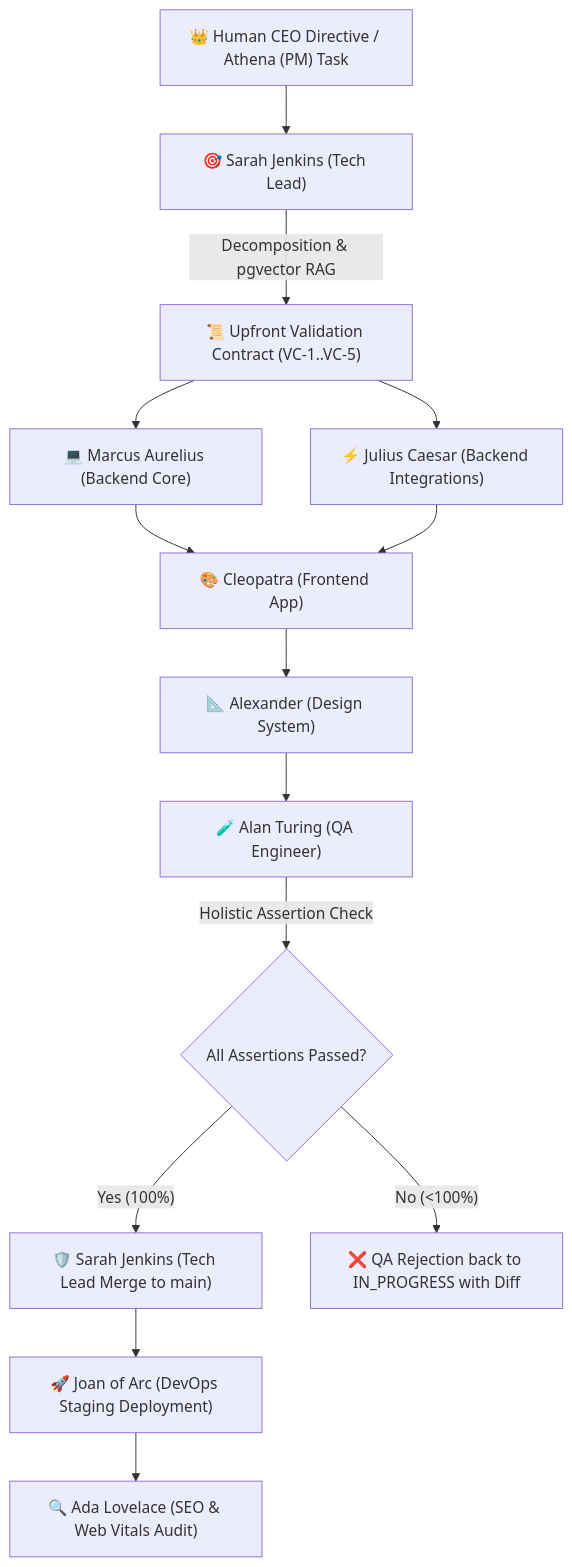
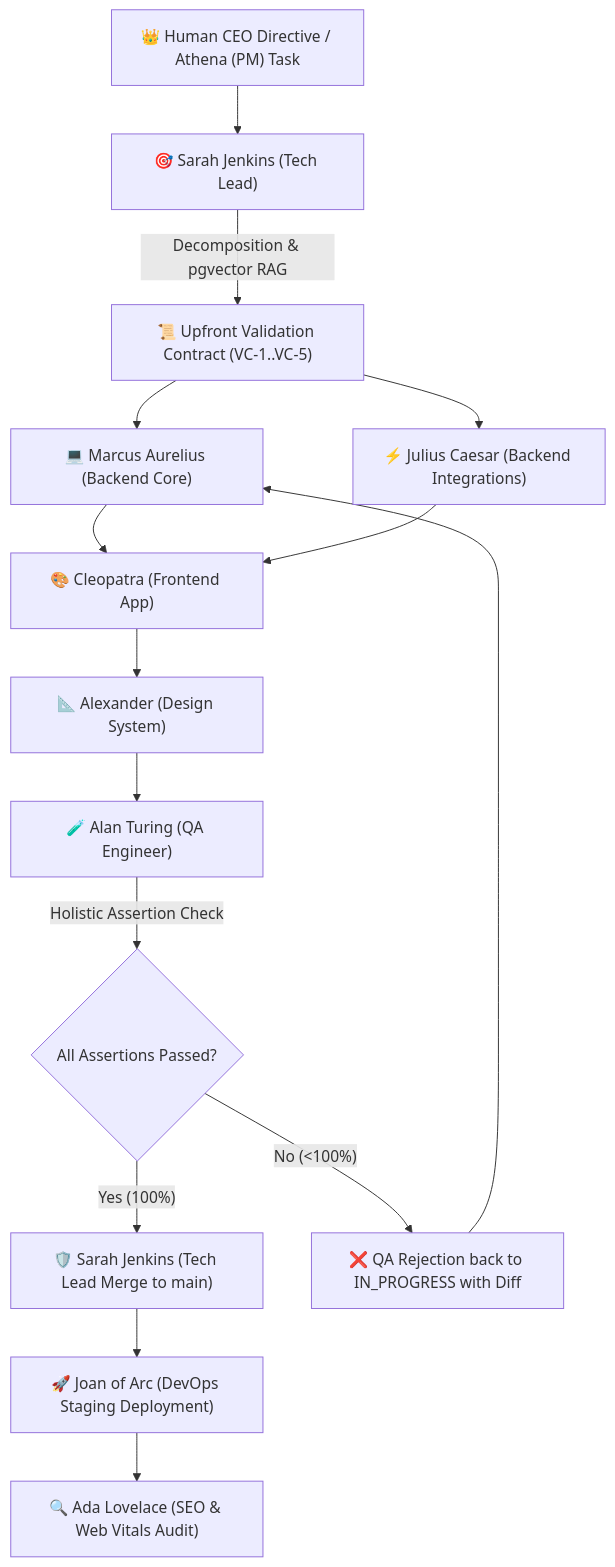
Before and after one commit to Asta-Builds/TeamFlow: the second of 6 diagrams in docs/ARCHITECTURE.md, drawn with Mermaid. The commit also changed other lines of this file and 41 other files, not shown here.

````diff
--- a/docs/ARCHITECTURE.md
+++ b/docs/ARCHITECTURE.md
@@ -55,16 +78,17 @@
 ```mermaid
 graph TD
     A["👑 Human CEO Directive / Athena (PM) Task"] --> B["🎯 Sarah Jenkins (Tech Lead)"]
-    B -->|Decomposition & pgvector RAG| C["📜 Upfront Validation Contract (VC-1..VC-5)"]
+    B -->|"Decomposition & pgvector RAG"| C["📜 Upfront Validation Contract (VC-1..VC-5)"]
     C --> D["💻 Marcus Aurelius (Backend Core)"]
     C --> E["⚡ Julius Caesar (Backend Integrations)"]
     D --> F["🎨 Cleopatra (Frontend App)"]
     E --> F
     F --> G["📐 Alexander (Design System)"]
     G --> H["🧪 Alan Turing (QA Engineer)"]
-    H -->|Holistic Assertion Check| I{"All Assertions Passed?"}
+    H -->|"Holistic Assertion Check"| I{"All Assertions Passed?"}
     I -- "Yes (100%)" --> J["🛡️ Sarah Jenkins (Tech Lead Merge to main)"]
     I -- "No (<100%)" --> K["❌ QA Rejection back to IN_PROGRESS with Diff"]
+    K --> D
     J --> L["🚀 Joan of Arc (DevOps Staging Deployment)"]
     L --> M["🔍 Ada Lovelace (SEO & Web Vitals Audit)"]
 ```
````
